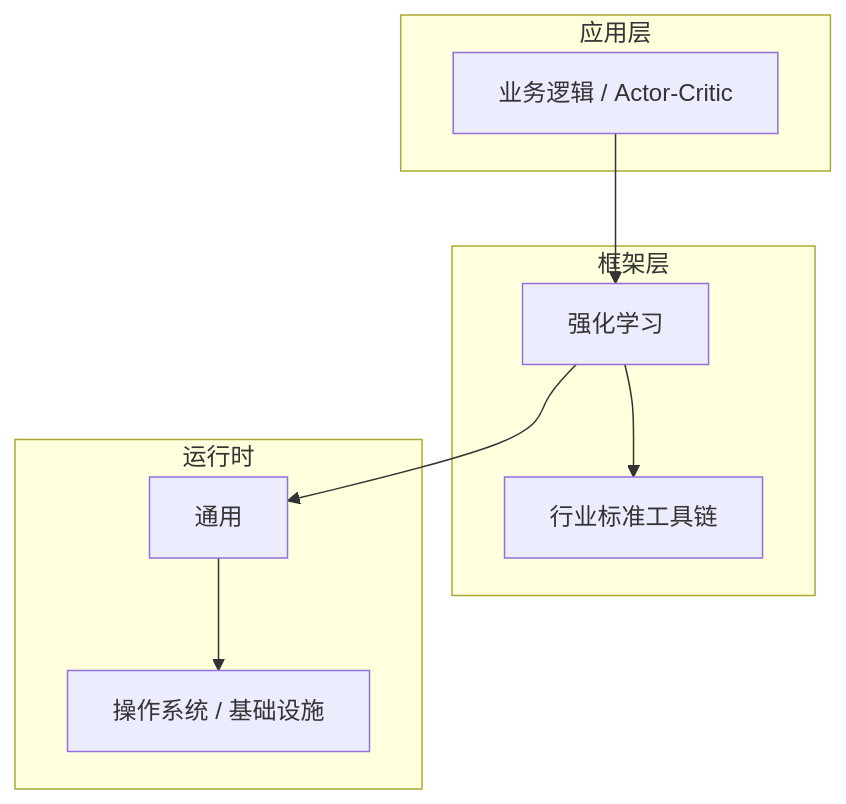
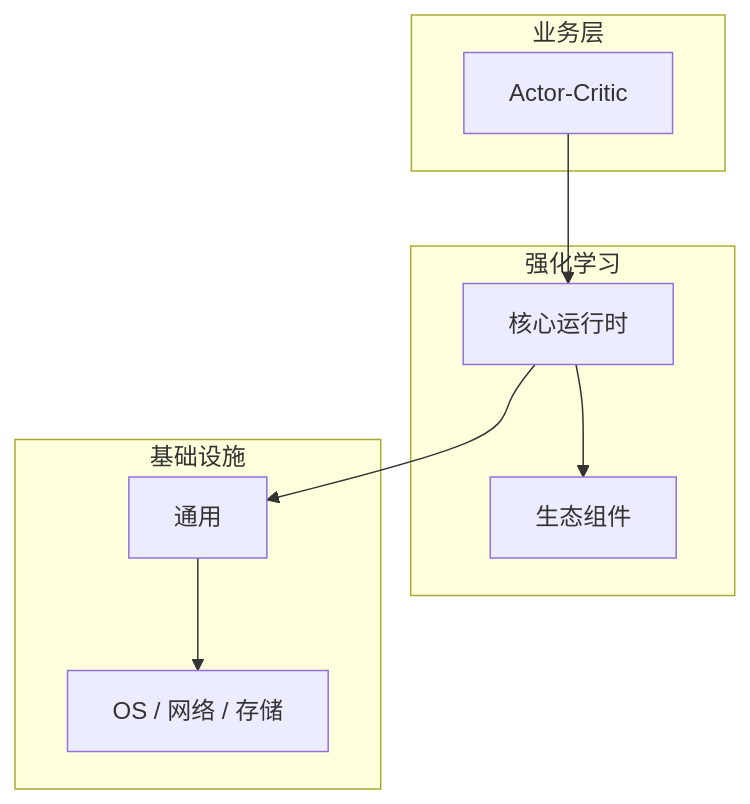
One commit to yanggan2015/knowledge-json-v2 changed the diagram in articles/强化学习/chapters/041-Actor-Critic核心概念与原理.md. Above: the diagram before and after it, drawn with Mermaid. The commit also changed other lines of this file and 10127 other files, not shown here.

````diff
--- a/articles/强化学习/chapters/041-Actor-Critic核心概念与原理.md
+++ b/articles/强化学习/chapters/041-Actor-Critic核心概念与原理.md
@@ -45,18 +30,18 @@
 ```mermaid
 graph TB
-    subgraph 应用层
-        A[业务逻辑 / Actor-Critic]
+    subgraph 业务层
+        A[Actor-Critic]
     end
-    subgraph 框架层
-        B[强化学习]
-        C[行业标准工具链]
+    subgraph 强化学习
+        B[核心运行时]
+        C[生态组件]
     end
-    subgraph 运行时
+    subgraph 基础设施
         D[通用]
-        E[操作系统 / 基础设施]
+        E[OS / 网络 / 存储]
     end
     A --> B
     B --> C
     B --> D
     D --> E
 ```
````
